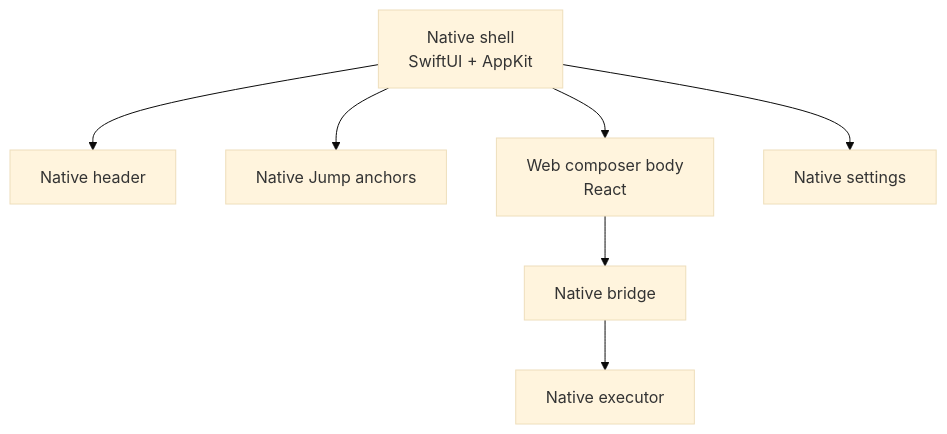
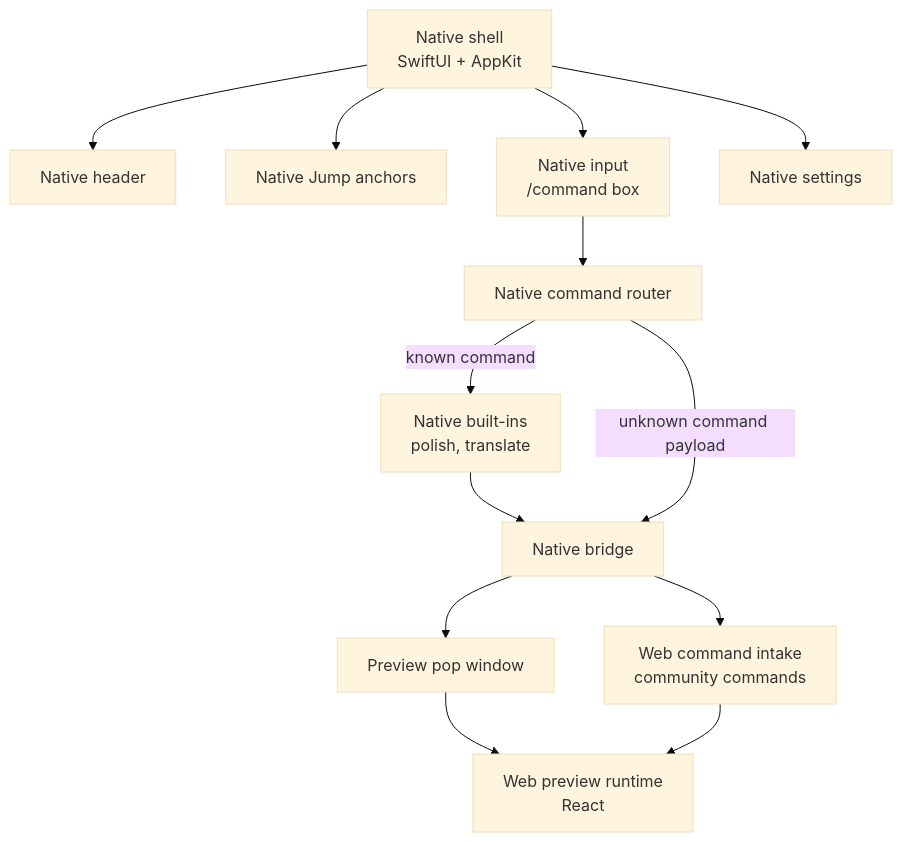
One commit to wnbotoo/Inputo changed the first of 2 diagrams in docs/WEB_UI_ARCHITECTURE.md. Above: the diagram before and after it, drawn with Mermaid (base theme). The commit also changed other lines of this file and 29 other files, not shown here.

Commit message:
feat: refactor UI, move preview to standalone view, move input field to native

````diff
--- a/docs/WEB_UI_ARCHITECTURE.md
+++ b/docs/WEB_UI_ARCHITECTURE.md
@@ -7,17 +7,27 @@
 ```mermaid
 flowchart TD
   nativeShell["Native shell\nSwiftUI + AppKit"]
   nativeHeader["Native header"]
   anchors["Native Jump anchors"]
-  webComposer["Web composer body\nReact"]
+  nativeInput["Native input\n/command box"]
+  nativeRouter["Native command router"]
+  nativeBuiltins["Native built-ins\npolish, translate"]
+  popWindow["Preview pop window"]
+  webPreview["Web preview runtime\nReact"]
+  webCommands["Web command intake\ncommunity commands"]
   settings["Native settings"]
   bridge["Native bridge"]
-  executor["Native executor"]
 
   nativeShell --> nativeHeader
   nativeShell --> anchors
-  nativeShell --> webComposer
+  nativeShell --> nativeInput
   nativeShell --> settings
-  webComposer --> bridge
-  bridge --> executor
+  nativeInput --> nativeRouter
+  nativeRouter -->|known command| nativeBuiltins
+  nativeBuiltins --> bridge
+  bridge --> popWindow
+  popWindow --> webPreview
+  nativeRouter -->|unknown command payload| bridge
+  bridge --> webCommands
+  webCommands --> webPreview
 ```
````
